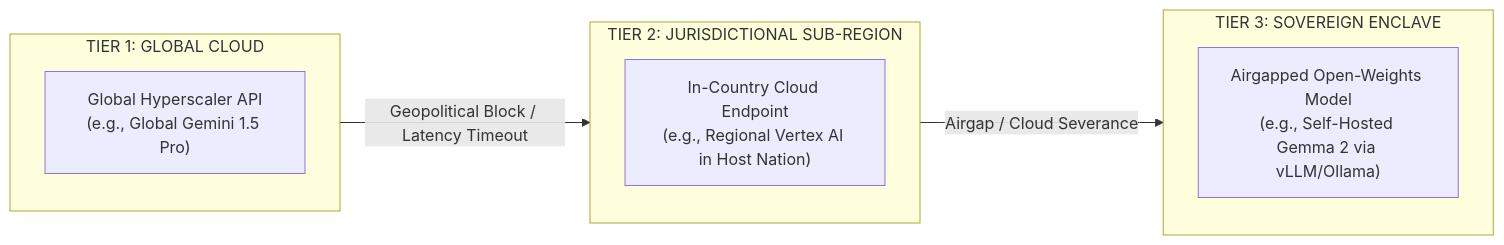
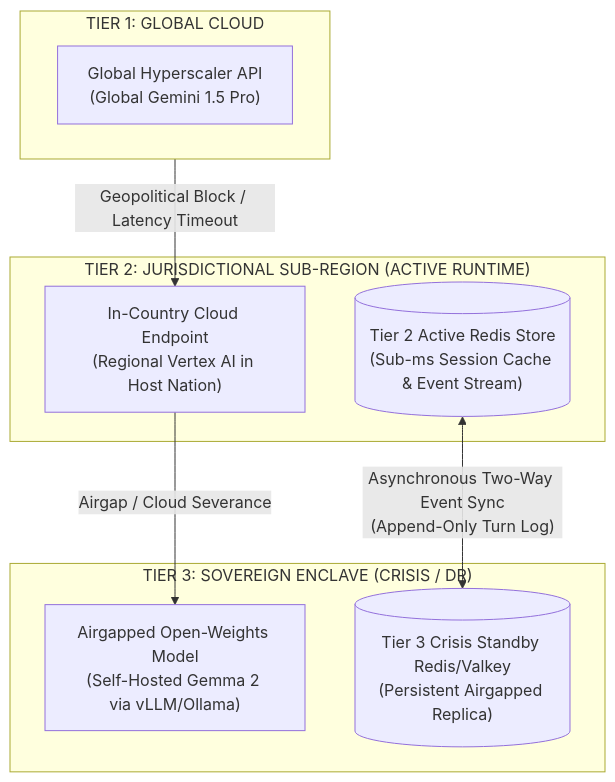
The first of 2 diagrams in docs/PRD.md (mattpancino/agentrobot), drawn with Mermaid before and after one commit. The commit also changed other lines of this file and 42 other files, not shown here.

````diff
--- a/docs/PRD.md
+++ b/docs/PRD.md
@@ -26,15 +29,20 @@
 ```mermaid
-graph LR
+graph TD
     subgraph T1 ["TIER 1: GLOBAL CLOUD"]
-        G1["Global Hyperscaler API<br/>(e.g., Global Gemini 1.5 Pro)"]
-    end
-    subgraph T2 ["TIER 2: JURISDICTIONAL SUB-REGION"]
-        G2["In-Country Cloud Endpoint<br/>(e.g., Regional Vertex AI in Host Nation)"]
-    end
-    subgraph T3 ["TIER 3: SOVEREIGN ENCLAVE"]
-        G3["Airgapped Open-Weights Model<br/>(e.g., Self-Hosted Gemma 2 via vLLM/Ollama)"]
+        G1["Global Hyperscaler API<br/>(Global Gemini 1.5 Pro)"]
     end
 
-    T1 -->|"Geopolitical Block / Latency Timeout"| T2
-    T2 -->|"Airgap / Cloud Severance"| T3
+    subgraph T2 ["TIER 2: JURISDICTIONAL SUB-REGION (ACTIVE RUNTIME)"]
+        G2["In-Country Cloud Endpoint<br/>(Regional Vertex AI in Host Nation)"]
+        R2[("Tier 2 Active Redis Store<br/>(Sub-ms Session Cache & Event Stream)")]
+    end
+
+    subgraph T3 ["TIER 3: SOVEREIGN ENCLAVE (CRISIS / DR)"]
+        G3["Airgapped Open-Weights Model<br/>(Self-Hosted Gemma 2 via vLLM/Ollama)"]
+        R3[("Tier 3 Crisis Standby Redis/Valkey<br/>(Persistent Airgapped Replica)")]
+    end
+
+    T1 -->|"Geopolitical Block / Latency Timeout"| G2
+    G2 -->|"Airgap / Cloud Severance"| G3
+    R2 <-->|"Asynchronous Two-Way Event Sync<br/>(Append-Only Turn Log)"| R3
 ```
````
